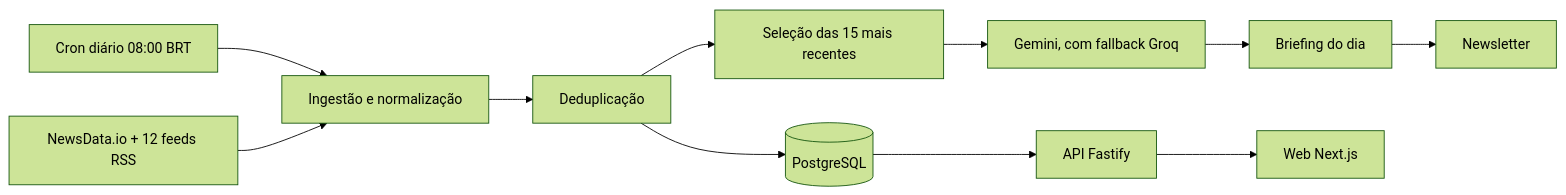
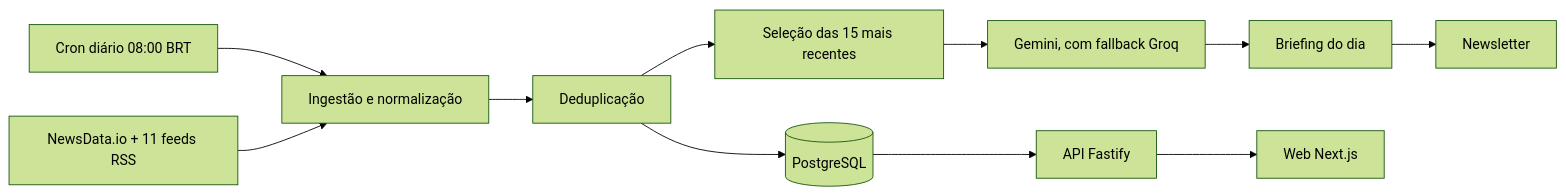
The diagram in README.pt-BR.md (tavinholoco/newra-news), drawn with Mermaid (forest theme) before and after one commit. The commit also changed other lines of this file and 19 other files, not shown here.

````diff
--- a/README.pt-BR.md
+++ b/README.pt-BR.md
@@ -76,13 +76,13 @@
 ```mermaid
 flowchart LR
     CRON["Cron diário 08:00 BRT"] --> ING[Ingestão e normalização]
-    SRC["NewsData.io + 12 feeds RSS"] --> ING
+    SRC["NewsData.io + 11 feeds RSS"] --> ING
     ING --> DEDUP[Deduplicação]
     DEDUP --> DB[(PostgreSQL)]
     DEDUP --> SEL[Seleção das 15 mais recentes]
     SEL --> AI["Gemini, com fallback Groq"]
     AI --> ART[Briefing do dia]
     ART --> MAIL[Newsletter]
     DB --> API[API Fastify]
     API --> WEB[Web Next.js]
 ```
````
